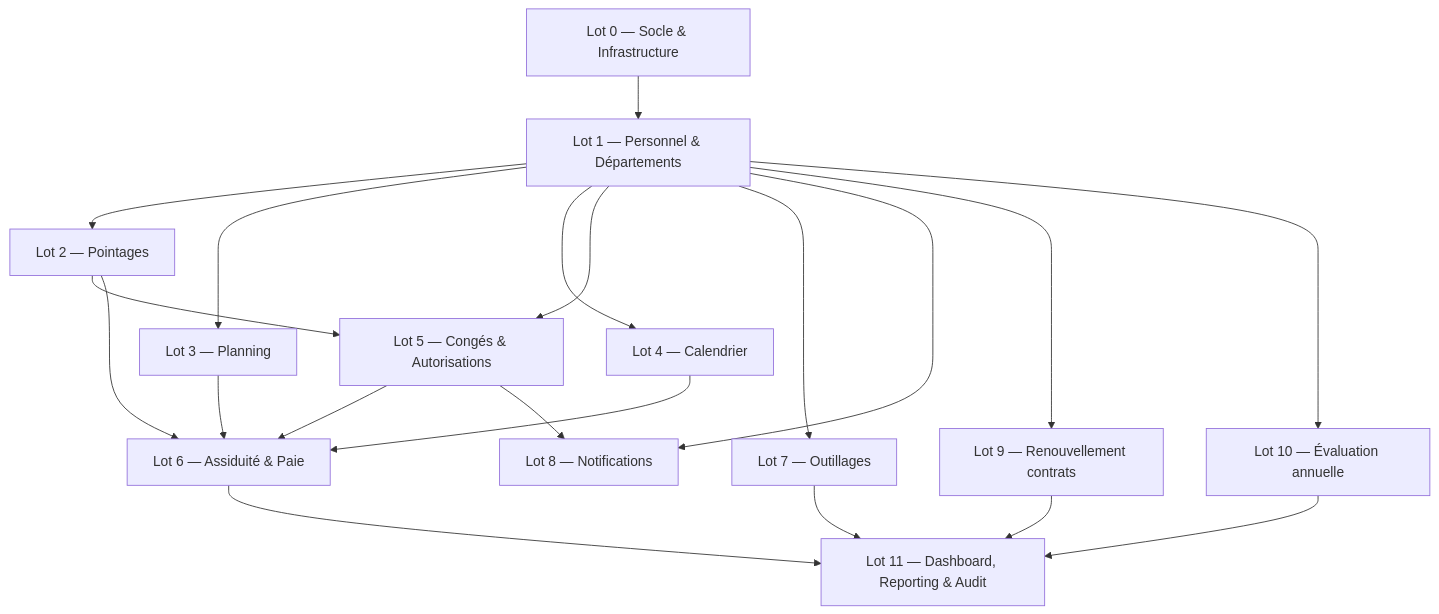
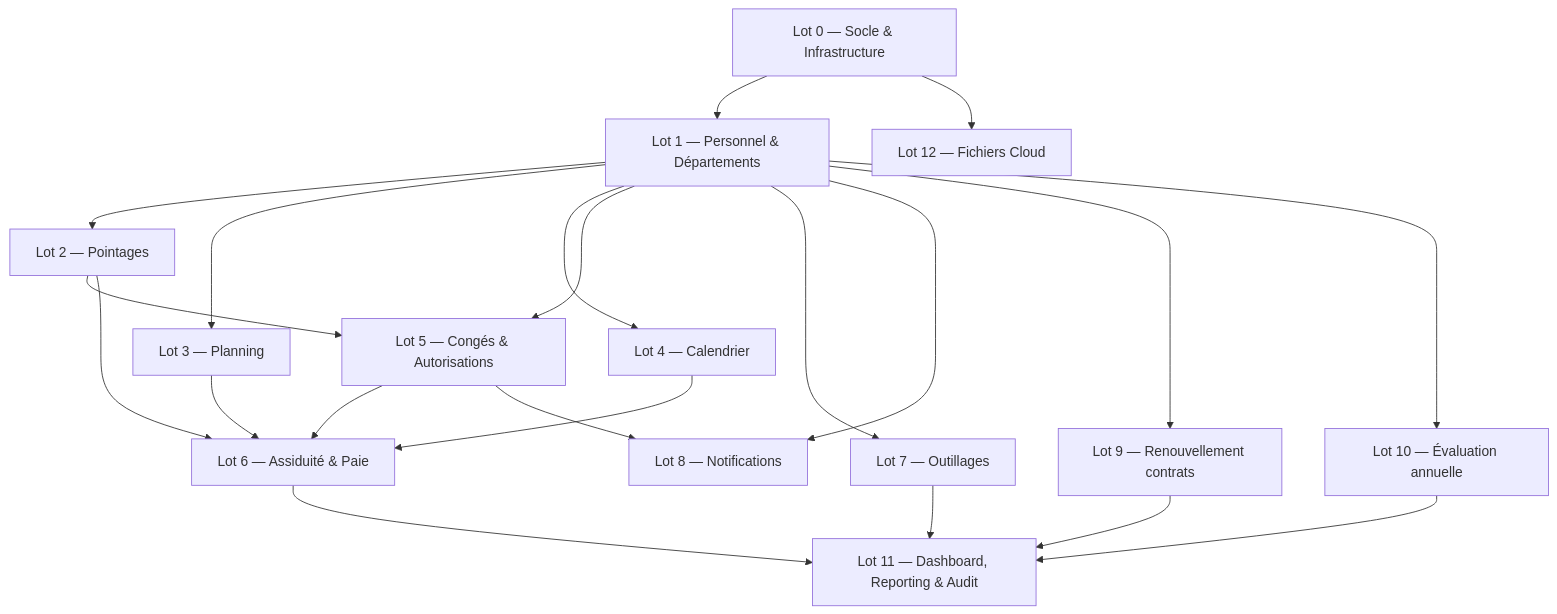
Before and after one commit to MdRiabi/sirh-project-backend: the diagram in docs/BACKLOG.md, drawn with Mermaid. The commit also changed other lines of this file and 24 other files, not shown here.

````diff
--- a/docs/BACKLOG.md
+++ b/docs/BACKLOG.md
@@ -11,22 +11,23 @@
 ```mermaid
 graph TD
     L0["Lot 0 — Socle & Infrastructure"] --> L1["Lot 1 — Personnel & Départements"]
     L1 --> L2["Lot 2 — Pointages"]
     L1 --> L3["Lot 3 — Planning"]
     L1 --> L4["Lot 4 — Calendrier"]
     L1 --> L5["Lot 5 — Congés & Autorisations"]
     L2 --> L5
     L2 --> L6["Lot 6 — Assiduité & Paie"]
     L3 --> L6
     L4 --> L6
     L5 --> L6
     L1 --> L7["Lot 7 — Outillages"]
     L1 --> L8["Lot 8 — Notifications"]
     L5 --> L8
     L1 --> L9["Lot 9 — Renouvellement contrats"]
     L1 --> L10["Lot 10 — Évaluation annuelle"]
     L6 --> L11["Lot 11 — Dashboard, Reporting & Audit"]
     L7 --> L11
     L9 --> L11
     L10 --> L11
+    L0 --> L12["Lot 12 — Fichiers Cloud"]
 ```
````
